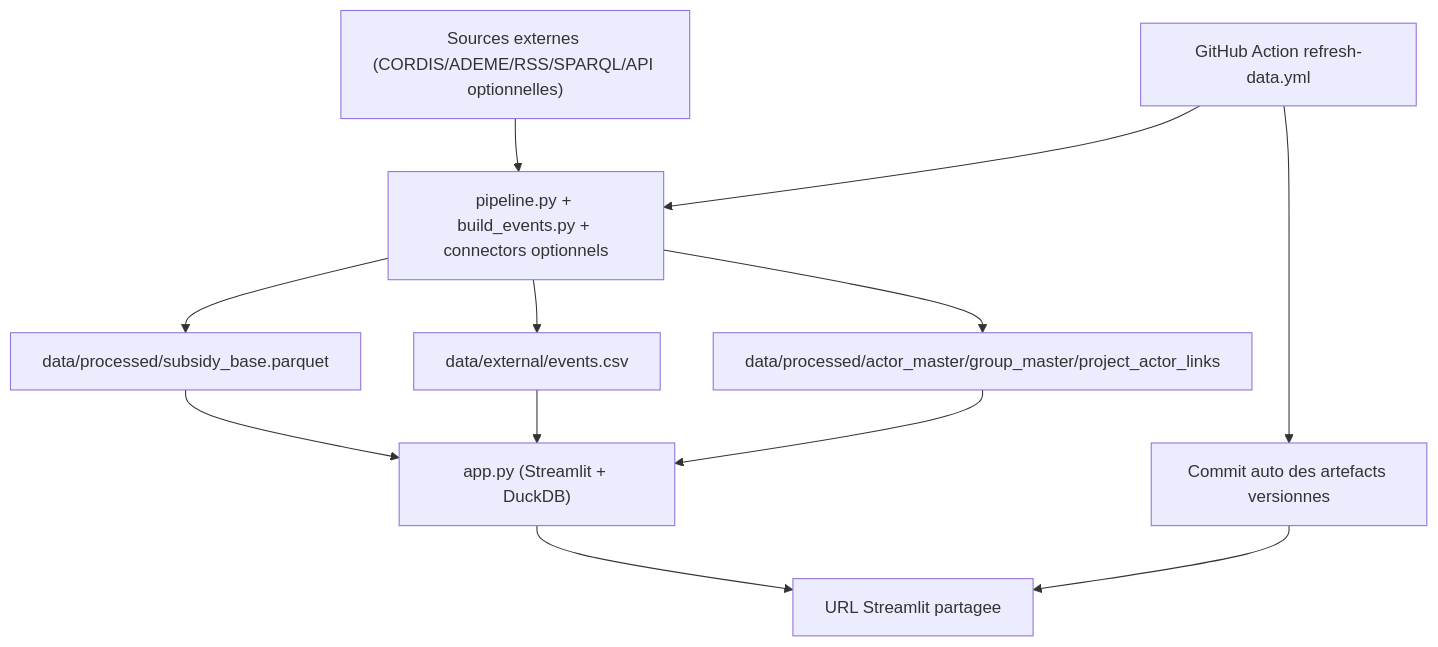
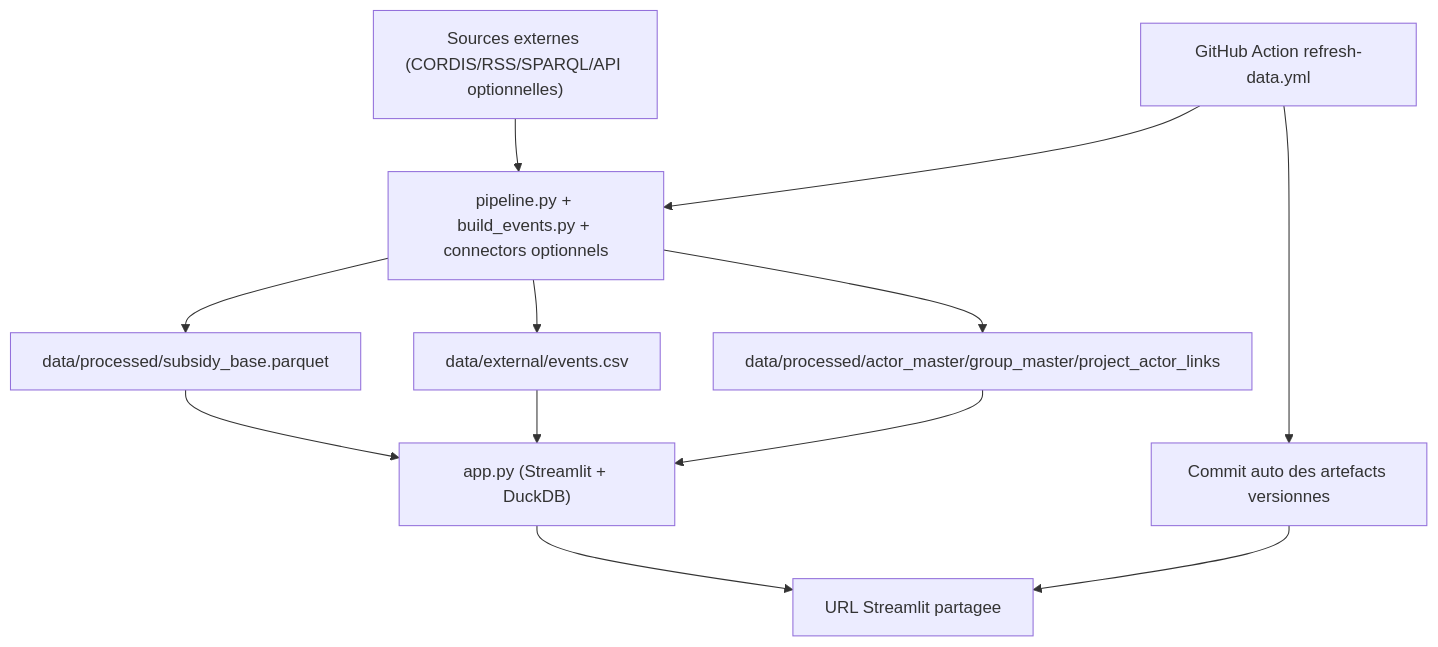
One commit to charlottecrocicchia-netizen/subsidy-intelligence-radar changed the first of 2 diagrams in DOCUMENTATION_TECHNIQUE_COMPLETE.md. Above: the diagram before and after it, drawn with Mermaid. The commit also changed other lines of this file and 3 other files, not shown here.

````diff
--- a/DOCUMENTATION_TECHNIQUE_COMPLETE.md
+++ b/DOCUMENTATION_TECHNIQUE_COMPLETE.md
@@ -21,14 +21,14 @@
 ```mermaid
 flowchart TD
-    A["Sources externes (CORDIS/ADEME/RSS/SPARQL/API optionnelles)"] --> B["pipeline.py + build_events.py + connectors optionnels"]
+    A["Sources externes (CORDIS/RSS/SPARQL/API optionnelles)"] --> B["pipeline.py + build_events.py + connectors optionnels"]
     B --> C["data/processed/subsidy_base.parquet"]
     B --> D["data/external/events.csv"]
     B --> E["data/processed/actor_master/group_master/project_actor_links"]
     C --> F["app.py (Streamlit + DuckDB)"]
     D --> F
     E --> F
     F --> G["URL Streamlit partagee"]
     H["GitHub Action refresh-data.yml"] --> B
     H --> I["Commit auto des artefacts versionnes"]
     I --> G
 ```
````
